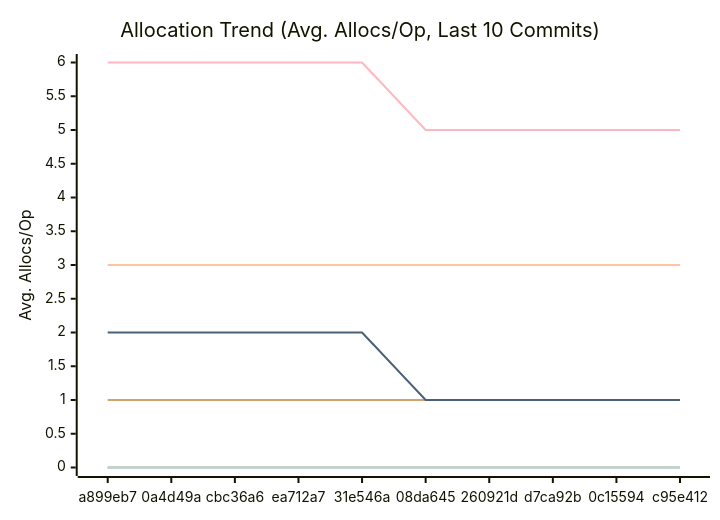
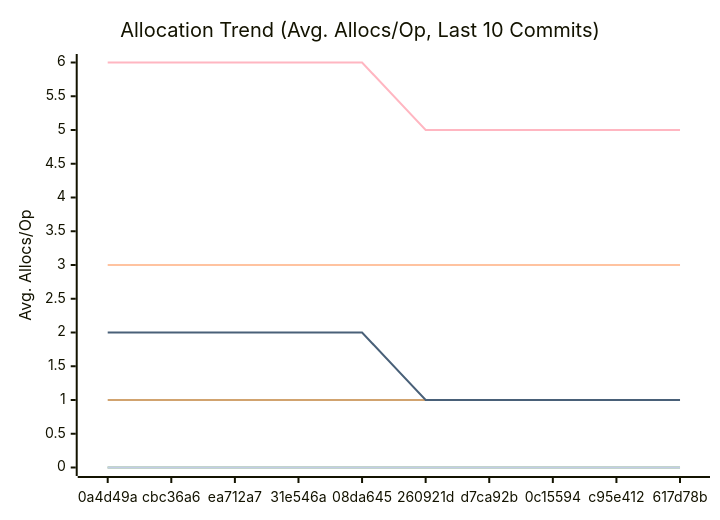
The third of 3 diagrams in docs/PERFORMANCE.md (alsotoes/momo), drawn with Mermaid before and after one commit. The commit also changed other lines of this file and 2 other files, not shown here.

````diff
--- a/docs/PERFORMANCE.md
+++ b/docs/PERFORMANCE.md
@@ -114,16 +114,16 @@
 ```mermaid
 xychart-beta
     title "Allocation Trend (Avg. Allocs/Op, Last 10 Commits)"
     x-axis "Commit"
     y-axis "Avg. Allocs/Op"
-    x-axis [a899eb7,0a4d49a,cbc36a6,ea712a7,31e546a,08da645,260921d,d7ca92b,0c15594,c95e412]
+    x-axis [0a4d49a,cbc36a6,ea712a7,31e546a,08da645,260921d,d7ca92b,0c15594,c95e412,617d78b]
     line "CheckMetricsAndSwap" [0,0,0,0,0,0,0,0,0,0]
     line "CrushOptimized" [0,0,0,0,0,0,0,0,0,0]
     line "CrushOriginal" [3,3,3,3,3,3,3,3,3,3]
     line "IndexDirectTracking" [0,0,0,0,0,0,0,0,0,0]
     line "IndexSearch" [0,0,0,0,0,0,0,0,0,0]
     line "LoadGlobalConfig" [1,1,1,1,1,1,1,1,1,1]
     line "PadString" [0,0,0,0,0,0,0,0,0,0]
     line "ParseReplicationOrder_NoPrealloc" [6,6,6,6,6,5,5,5,5,5]
     line "ParseReplicationOrder_Prealloc" [2,2,2,2,2,1,1,1,1,1]
 ```
````
